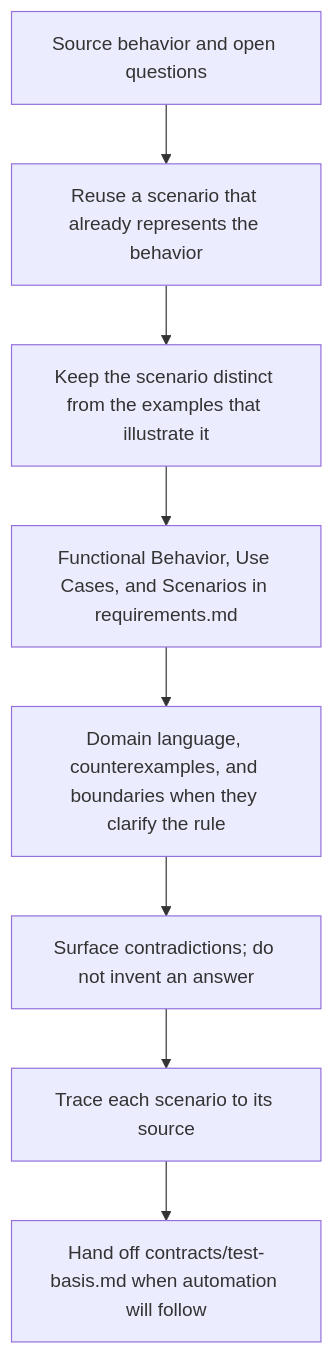
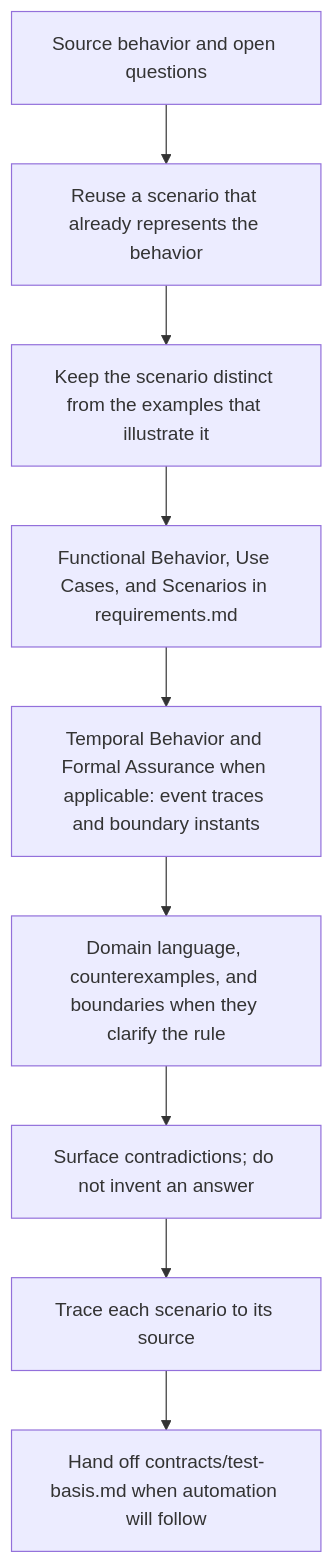
The diagram in contexts/requirements/skills/example-discovery/SKILL.md (JadsonLucena/agent-toolkit), drawn with Mermaid before and after one commit. The commit also changed other lines of this file and 6 other files, not shown here.

Commit message:
feat(requirements): clarify temporal obligations and formal assurance evidence

````diff
--- a/contexts/requirements/skills/example-discovery/SKILL.md
+++ b/contexts/requirements/skills/example-discovery/SKILL.md
@@ -50,10 +50,11 @@
 ```mermaid
 flowchart TD
     Inspect["Source behavior and open questions"] --> Reuse["Reuse a scenario that already represents the behavior"]
     Reuse --> Situations["Keep the scenario distinct from the examples that illustrate it"]
     Situations --> Semantics["Functional Behavior, Use Cases, and Scenarios in requirements.md"]
-    Semantics --> Examples["Domain language, counterexamples, and boundaries when they clarify the rule"]
+    Semantics --> Temporal["Temporal Behavior and Formal Assurance when applicable: event traces and boundary instants"]
+    Temporal --> Examples["Domain language, counterexamples, and boundaries when they clarify the rule"]
     Examples --> Expose["Surface contradictions; do not invent an answer"]
     Expose --> Trace["Trace each scenario to its source"]
     Trace --> Handoff["Hand off contracts/test-basis.md when automation will follow"]
 ```
````
